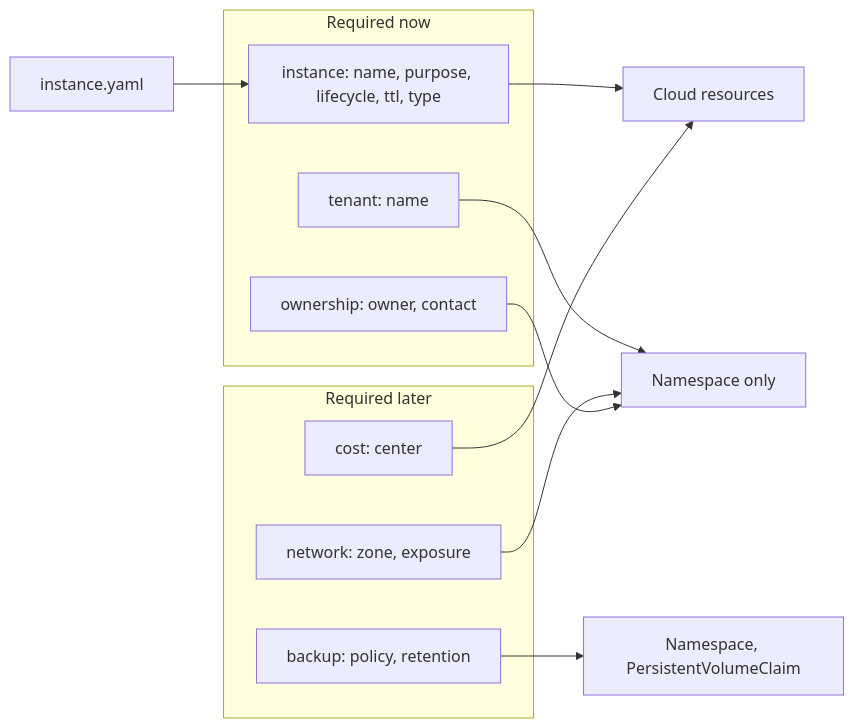
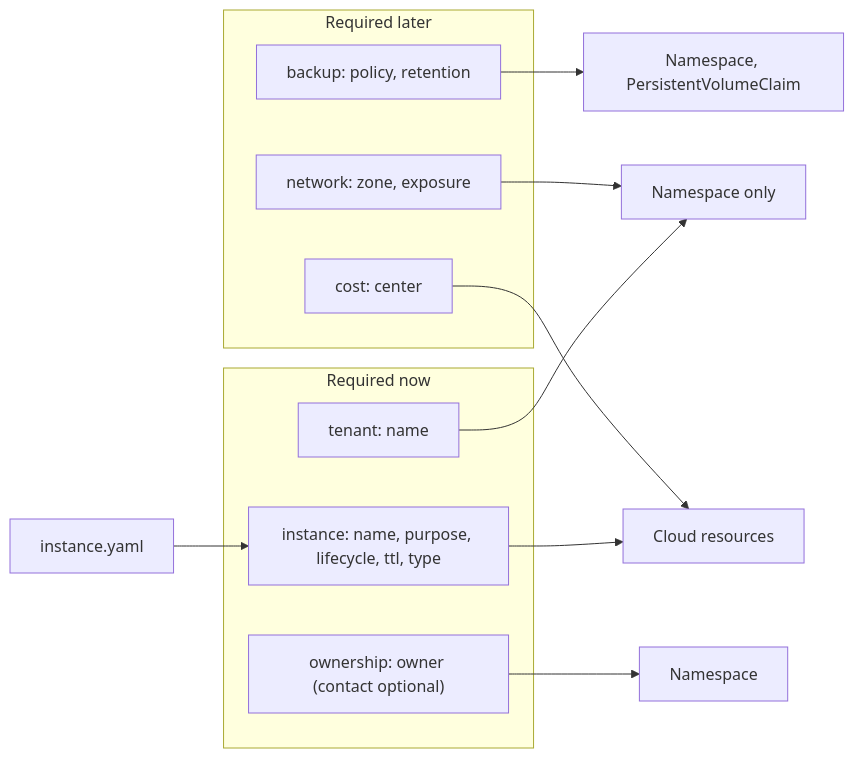
The diagram in docs/records/adrs/0025-use-six-sub-groups-for-the-keys-of-the-repository.md (gsuquet/homelab), drawn with Mermaid before and after one commit. The commit also changed other lines of this file and 13 other files, not shown here.

````diff
--- a/docs/records/adrs/0025-use-six-sub-groups-for-the-keys-of-the-repository.md
+++ b/docs/records/adrs/0025-use-six-sub-groups-for-the-keys-of-the-repository.md
@@ -14,20 +14,20 @@
 ```mermaid
 flowchart LR
     subgraph now["Required now"]
         T["tenant: name"]
-        O["ownership: owner, contact"]
+        O["ownership: owner (contact optional)"]
         I["instance: name, purpose, lifecycle, ttl, type"]
     end
     subgraph later["Required later"]
         N["network: zone, exposure"]
         B["backup: policy, retention"]
         C["cost: center"]
     end
     T --> NS[Namespace only]
     N --> NS
-    O --> NS
+    O --> NS2[Namespace]
     B --> PV[Namespace, PersistentVolumeClaim]
     I --> CR[Cloud resources]
     C --> CR
     Y[instance.yaml] --> I
 ```
````
